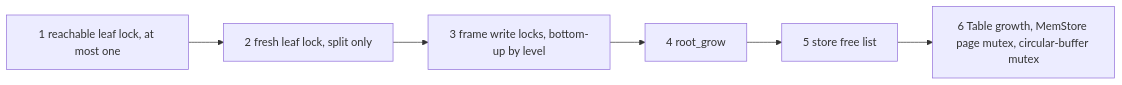
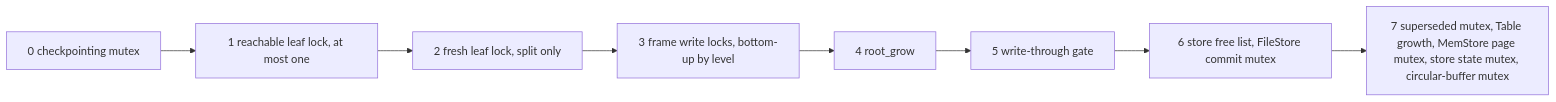
The second of 4 diagrams in docs/design/bf-tree-concurrency.md (raydatray/peppydb), drawn with Mermaid before and after one commit. The commit also changed other lines of this file and 16 other files, not shown here.

````diff
--- a/docs/design/bf-tree-concurrency.md
+++ b/docs/design/bf-tree-concurrency.md
@@ -205,8 +222,10 @@
 ```mermaid
 flowchart LR
-    A["1 reachable leaf lock, at most one"] --> B["2 fresh leaf lock, split only"]
+    Z["0 checkpointing mutex"] --> A["1 reachable leaf lock, at most one"]
+    A --> B["2 fresh leaf lock, split only"]
     B --> C["3 frame write locks, bottom-up by level"]
     C --> D["4 root_grow"]
-    D --> E["5 store free list"]
-    E --> F["6 Table growth, MemStore page mutex, circular-buffer mutex"]
+    D --> G["5 write-through gate"]
+    G --> E["6 store free list, FileStore commit mutex"]
+    E --> F["7 superseded mutex, Table growth, MemStore page mutex, store state mutex, circular-buffer mutex"]
 ```
````
